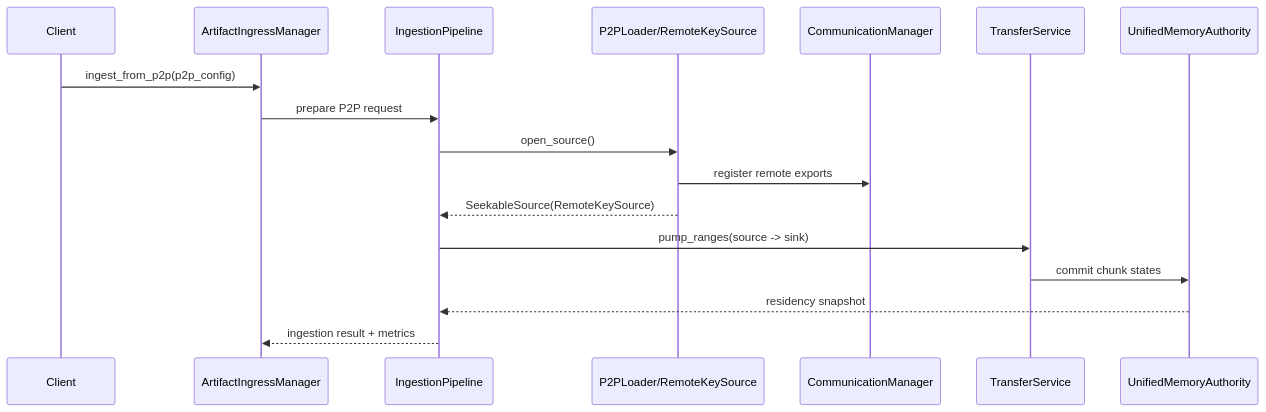
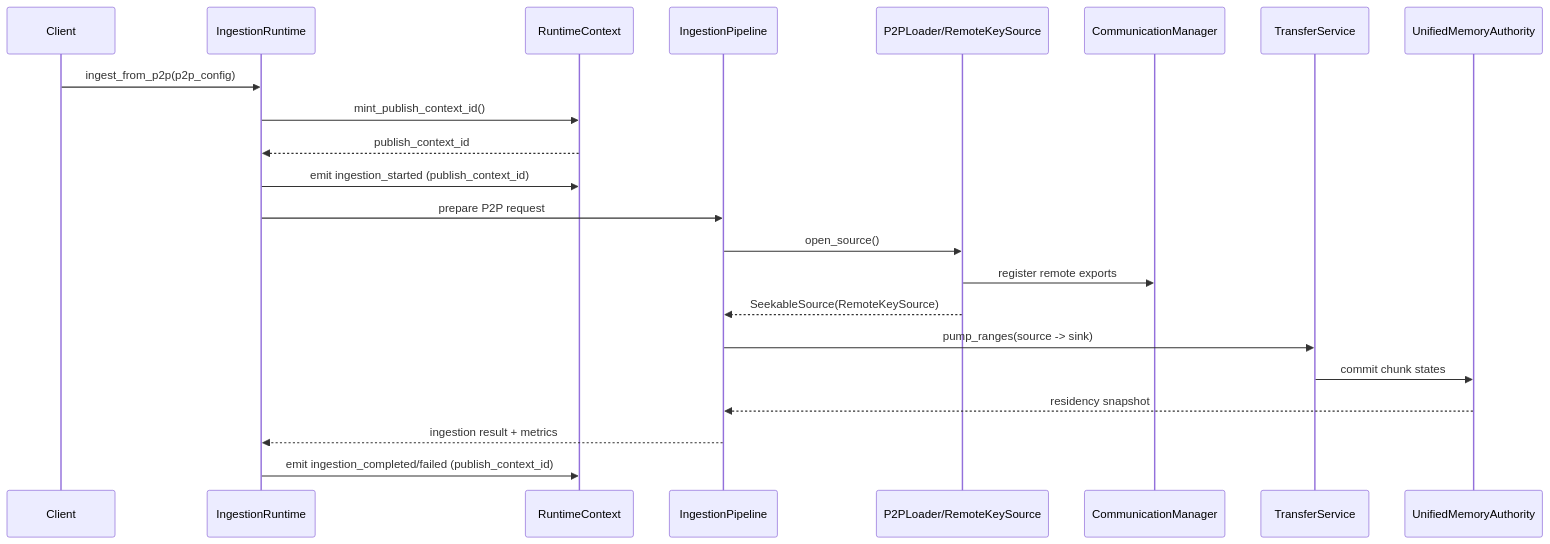
Before and after one commit to tensorcast-ai/tensorcast: the third of 3 diagrams in core/store/docs/architecture.md, drawn with Mermaid. The commit also changed other lines of this file and 73 other files, not shown here.

Commit message:
refactor(store): consolidate runtime components and enhance registration flow

````diff
--- a/core/store/docs/architecture.md
+++ b/core/store/docs/architecture.md
@@ -228,20 +251,25 @@
 ```mermaid
 sequenceDiagram
     participant Client
-    participant AIM as ArtifactIngressManager
+    participant IR as IngestionRuntime
+    participant RC as RuntimeContext
     participant IP as IngestionPipeline
     participant Loader as P2PLoader/RemoteKeySource
     participant COMM as CommunicationManager
     participant TS as TransferService
     participant UMA as UnifiedMemoryAuthority
 
-    Client->>AIM: ingest_from_p2p(p2p_config)
-    AIM->>IP: prepare P2P request
+    Client->>IR: ingest_from_p2p(p2p_config)
+    IR->>RC: mint_publish_context_id()
+    RC-->>IR: publish_context_id
+    IR->>RC: emit ingestion_started (publish_context_id)
+    IR->>IP: prepare P2P request
     IP->>Loader: open_source()
     Loader->>COMM: register remote exports
     Loader-->>IP: SeekableSource(RemoteKeySource)
     IP->>TS: pump_ranges(source -> sink)
     TS->>UMA: commit chunk states
     UMA-->>IP: residency snapshot
-    IP-->>AIM: ingestion result + metrics
+    IP-->>IR: ingestion result + metrics
+    IR->>RC: emit ingestion_completed/failed (publish_context_id)
 ```
````
